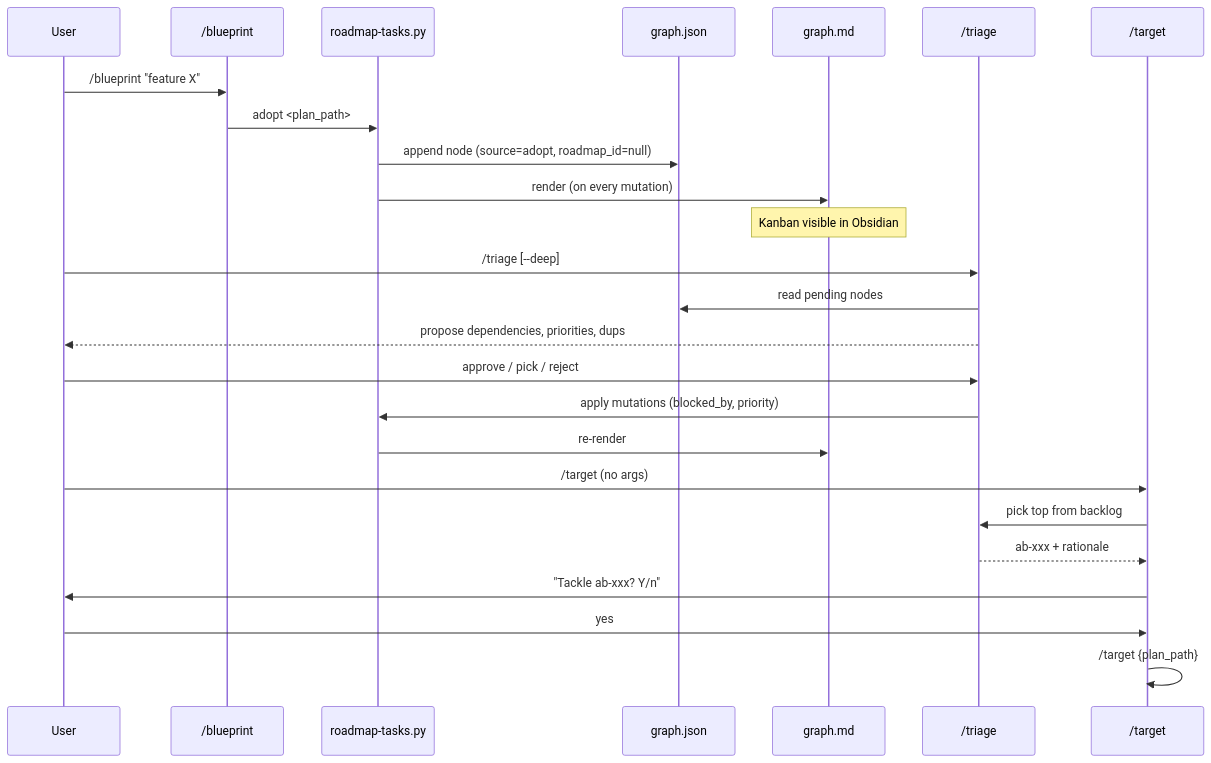
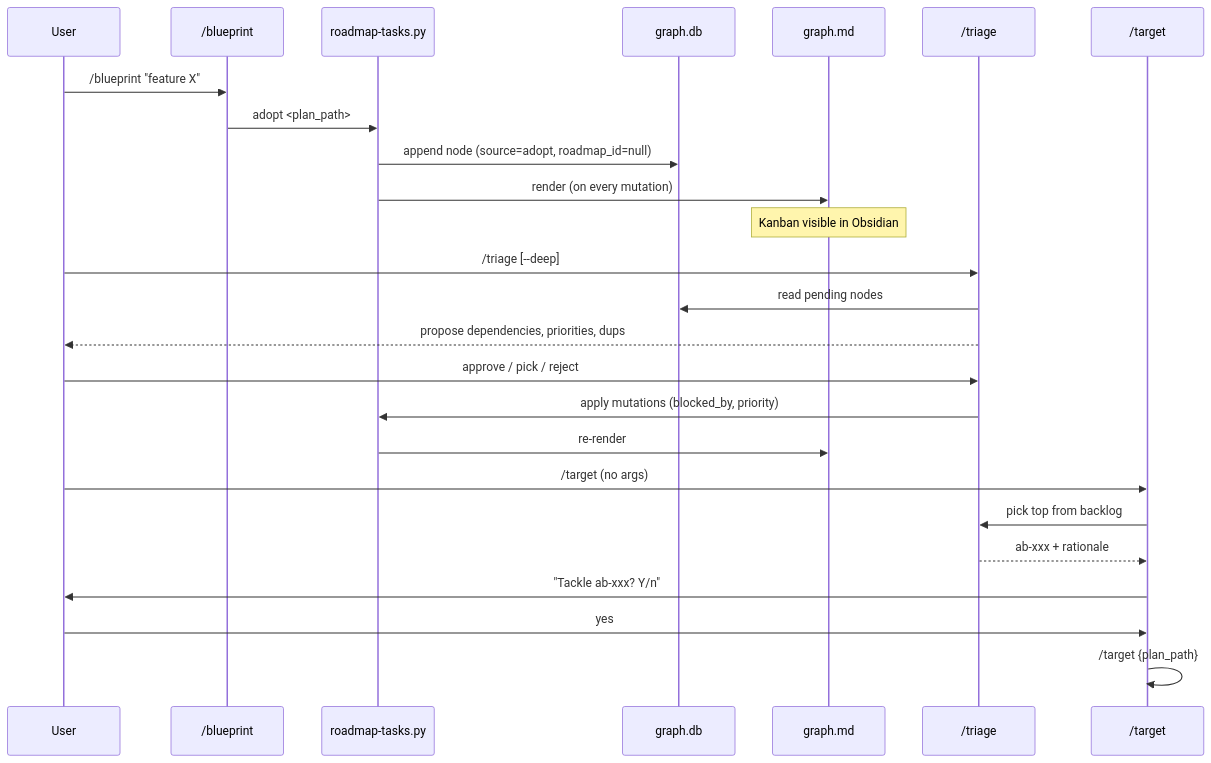
Before and after one commit to bllshttng/footnote: the third of 4 diagrams in docs/architecture/megawalk-pipeline.md, drawn with Mermaid. The commit also changed other lines of this file and 43 other files, not shown here.

````diff
--- a/docs/architecture/megawalk-pipeline.md
+++ b/docs/architecture/megawalk-pipeline.md
@@ -101,30 +101,30 @@
 ```mermaid
 sequenceDiagram
     participant U as User
     participant SP as /blueprint
     participant RT as roadmap-tasks.py
-    participant GJ as graph.json
+    participant GJ as graph.db
     participant GM as graph.md
     participant TR as /triage
     participant RL as /target
 
     U->>SP: /blueprint "feature X"
     SP->>RT: adopt <plan_path>
     RT->>GJ: append node (source=adopt, roadmap_id=null)
     RT->>GM: render (on every mutation)
     Note over GM: Kanban visible in Obsidian
 
     U->>TR: /triage [--deep]
     TR->>GJ: read pending nodes
     TR-->>U: propose dependencies, priorities, dups
     U->>TR: approve / pick / reject
     TR->>RT: apply mutations (blocked_by, priority)
     RT->>GM: re-render
 
     U->>RL: /target (no args)
     RL->>TR: pick top from backlog
     TR-->>RL: ab-xxx + rationale
     RL->>U: "Tackle ab-xxx? Y/n"
     U->>RL: yes
     RL->>RL: /target {plan_path}
 ```
````
